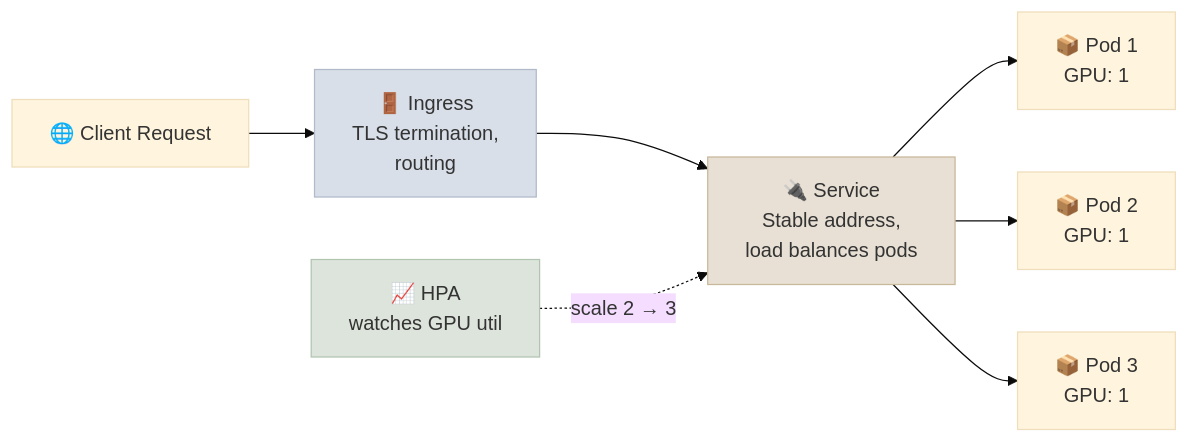
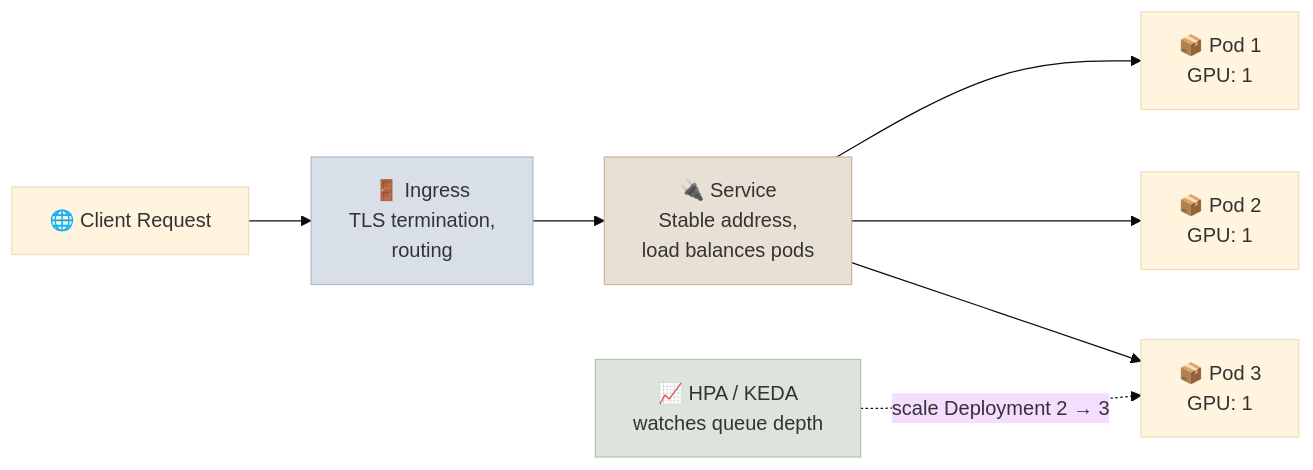
Before and after one commit to sundante/sun-course-genai: the diagram in src/content/08-Production-Engineering/Notes/02-Kubernetes-and-Helm.mdx, drawn with Mermaid (base theme). The commit also changed other lines of this file and 13 other files, not shown here.

````diff
--- a/src/content/08-Production-Engineering/Notes/02-Kubernetes-and-Helm.mdx
+++ b/src/content/08-Production-Engineering/Notes/02-Kubernetes-and-Helm.mdx
@@ -34,13 +45,13 @@
 ```mermaid
 flowchart LR
     U["🌐 Client Request"] --> I["🚪 Ingress\nTLS termination,\nrouting"]
     I --> S["🔌 Service\nStable address,\nload balances pods"]
     S --> P1["📦 Pod 1\nGPU: 1"]
     S --> P2["📦 Pod 2\nGPU: 1"]
     S --> P3["📦 Pod 3\nGPU: 1"]
-    H["📈 HPA\nwatches GPU util"] -.->|"scale 2 → 3"| S
+    H["📈 HPA / KEDA\nwatches queue depth"] -.->|"scale Deployment 2 → 3"| P3
 
     style I fill:#d8dfe8,stroke:#b0bac8
     style S fill:#e8e0d4,stroke:#c8b89a
     style H fill:#dde4dc,stroke:#b0c4b0
 ```
````
